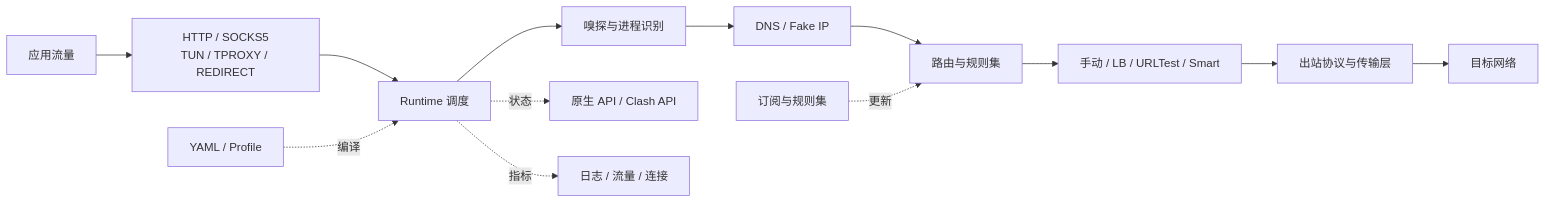
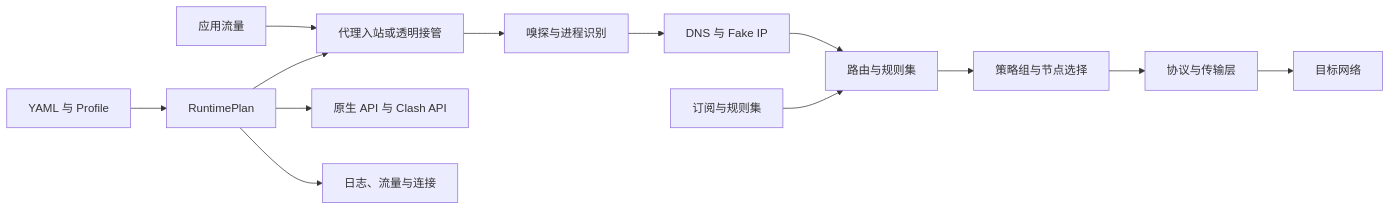
One commit to 947409161/WutherCore changed the diagram in README.md. Above: the diagram before and after it, drawn with Mermaid. The commit also changed other lines of this file, not shown here.

Commit message:
docs: refresh README for current protocol stack

````diff
--- a/README.md
+++ b/README.md
@@ -178,16 +298,16 @@
 ```mermaid
 flowchart LR
-    Client["应用流量"] --> Inbound["HTTP / SOCKS5<br/>TUN / TPROXY / REDIRECT"]
-    Inbound --> Runtime["Runtime 调度"]
-    Runtime --> Inspect["嗅探与进程识别"]
-    Inspect --> Resolver["DNS / Fake IP"]
+    Client["应用流量"] --> Inbound["代理入站或透明接管"]
+    Inbound --> Inspect["嗅探与进程识别"]
+    Inspect --> Resolver["DNS 与 Fake IP"]
     Resolver --> Route["路由与规则集"]
-    Route --> Select["手动 / LB / URLTest / Smart"]
-    Select --> Outbound["出站协议与传输层"]
-    Outbound --> Network["目标网络"]
+    Route --> Select["策略组与节点选择"]
+    Select --> Protocol["协议与传输层"]
+    Protocol --> Network["目标网络"]
 
-    Config["YAML / Profile"] -.编译.-> Runtime
-    Feeds["订阅与规则集"] -.更新.-> Route
-    Runtime -.状态.-> API["原生 API / Clash API"]
-    Runtime -.指标.-> Observe["日志 / 流量 / 连接"]
+    Config["YAML 与 Profile"] --> Runtime["RuntimePlan"]
+    Runtime --> Inbound
+    Providers["订阅与规则集"] --> Route
+    Runtime --> API["原生 API 与 Clash API"]
+    Runtime --> Observe["日志、流量与连接"]
 ```
````
